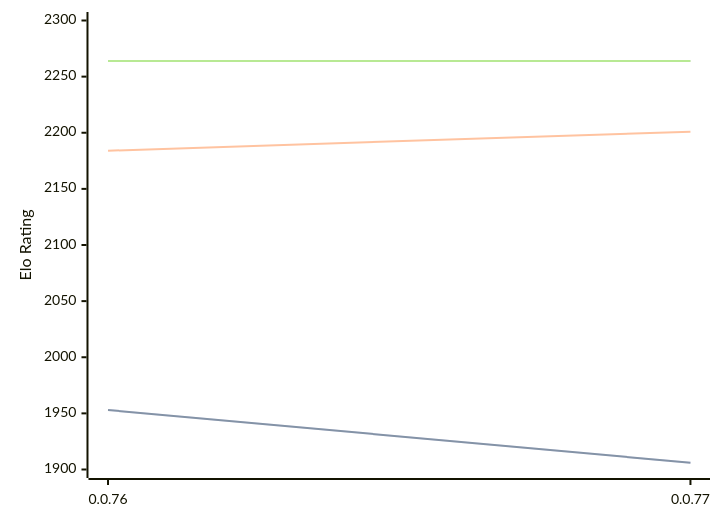
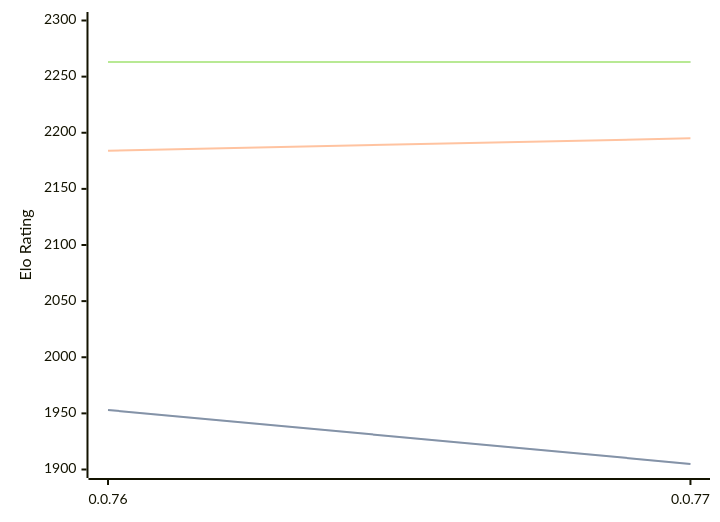
One commit to computer-chess-index/cci changed the diagram in engines/Fktb.md. Above: the diagram before and after it, drawn with Mermaid. The commit also changed other lines of this file, not shown here.

Commit message:
Update CCI Ratings (ELO VLTC) - 2026-03-04

````diff
--- a/engines/Fktb.md
+++ b/engines/Fktb.md
@@ -30,11 +30,11 @@
 ```mermaid
 %%{init: {"theme":"base","themeVariables":{"seriesColors:['#a3a3a3','#222221','#faa371']}}}%%
 xychart-beta
   x-axis ["0.0.76", "0.0.77"]
   y-axis "Elo Rating" 1900 --> 2300
-  line "STC (8.0+0.08s)" [1953, 1906]
-  line "STC (8.0+0.08s)" [1953, 1906]
-  line "LTC (60.0+0.60s)" [2184, 2201]
-  line "VLTC (2m24s+1.12s)" [2264, 2264]
-  line "VLTC (2m24s+1.12s)" [2264, 2264]
+  line "STC (8.0+0.08s)" [1953, 1905]
+  line "STC (8.0+0.08s)" [1953, 1905]
+  line "LTC (60.0+0.60s)" [2184, 2195]
+  line "VLTC (2m24s+1.12s)" [2263, 2263]
+  line "VLTC (2m24s+1.12s)" [2263, 2263]
 ```
````
